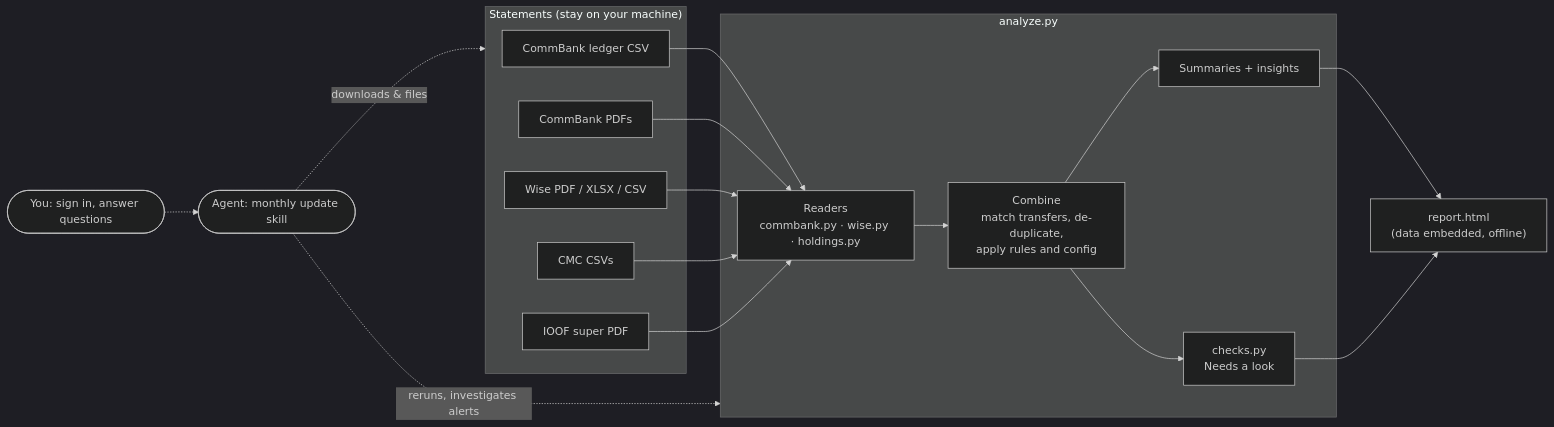
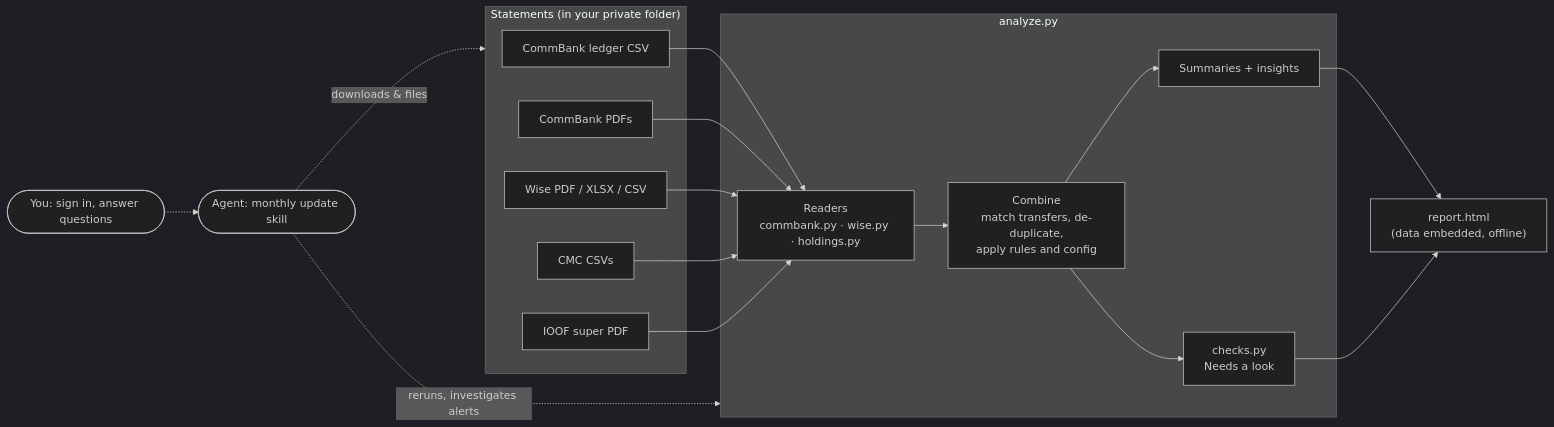
One commit to sarthaksansar/money-tracker changed the diagram in README.md. Above: the diagram before and after it, drawn with Mermaid (dark theme). The commit also changed other lines of this file, not shown here.

````diff
--- a/README.md
+++ b/README.md
@@ -57,21 +65,21 @@
 ```mermaid
 flowchart LR
-    subgraph Sources["Statements (stay on your machine)"]
+    subgraph Sources["Statements (in your private folder)"]
         L[CommBank ledger CSV]
         P[CommBank PDFs]
         W[Wise PDF / XLSX / CSV]
         C[CMC CSVs]
         S[IOOF super PDF]
     end
     subgraph Pipeline["analyze.py"]
         R["Readers<br/>commbank.py · wise.py · holdings.py"]
         M["Combine<br/>match transfers, de-duplicate,<br/>apply rules and config"]
         Q["Summaries + insights"]
         K["checks.py<br/>Needs a look"]
     end
     L & P & W & C & S --> R --> M
     M --> Q & K --> H["report.html<br/>(data embedded, offline)"]
     A(["Agent: monthly update skill"]) -. downloads & files .-> Sources
     A -. reruns, investigates alerts .-> Pipeline
     U(["You: sign in, answer questions"]) -.-> A
 ```
````
